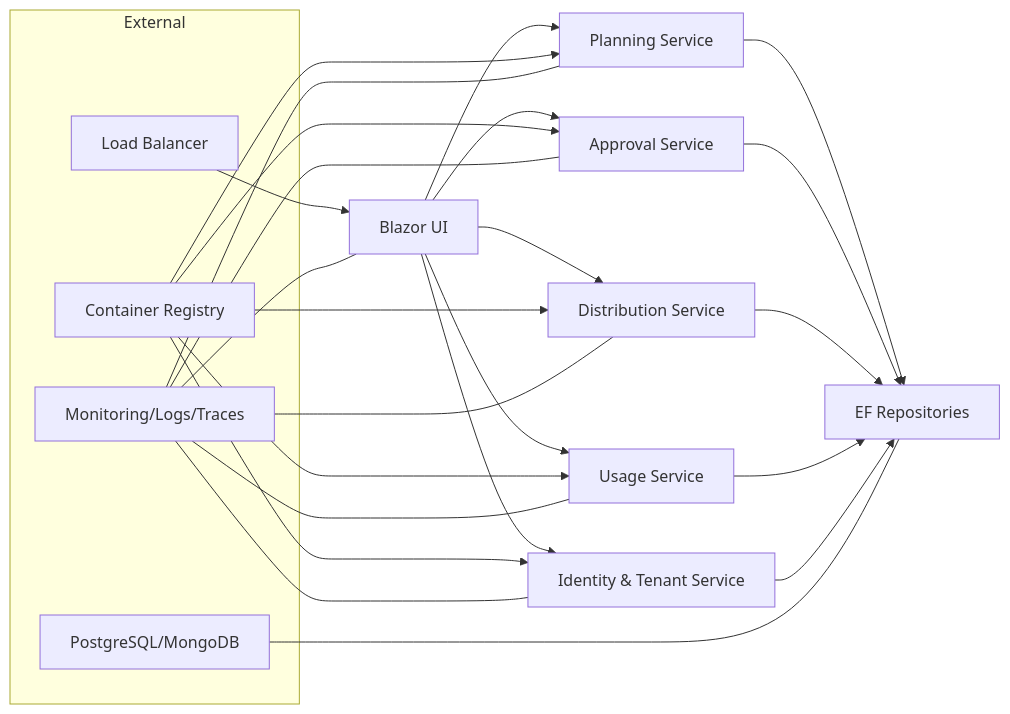
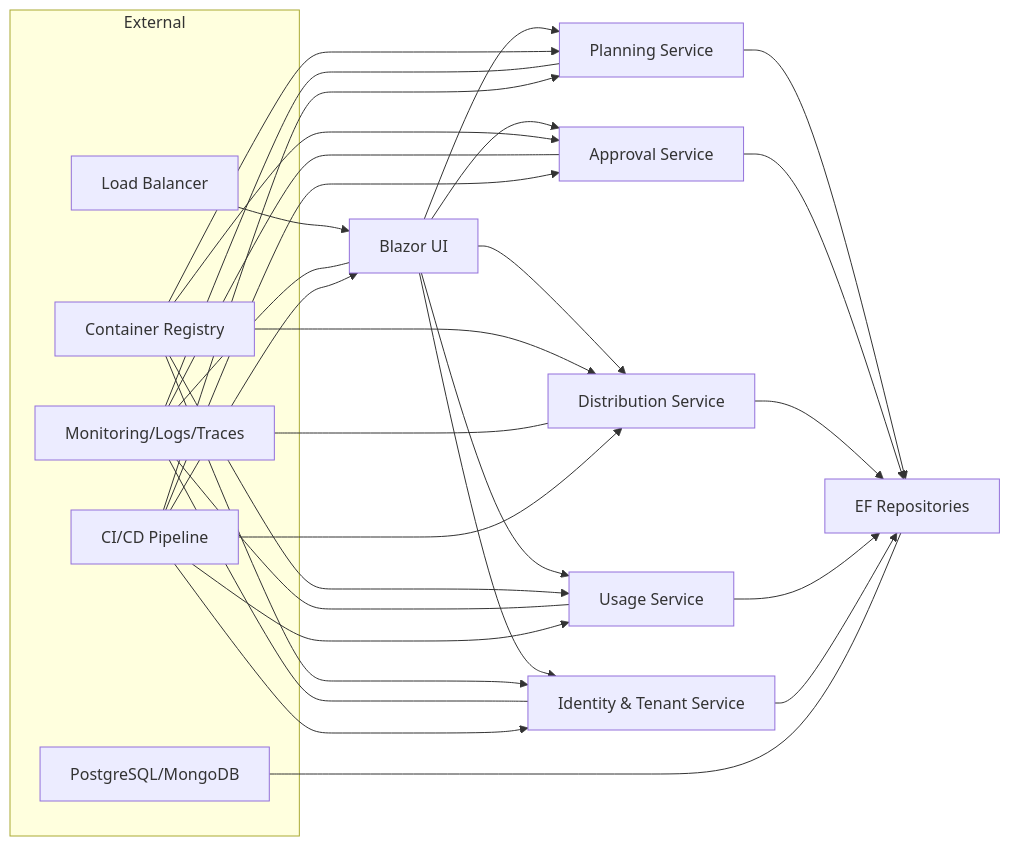
Before and after one commit to lamhongbac/NonCash: the fifth of 7 diagrams in .qoder/repowiki/en/content/Configuration and Deployment/Deployment Strategies and Infrastructure.md, drawn with Mermaid. The commit also changed other lines of this file and 2 other files, not shown here.

````diff
--- a/.qoder/repowiki/en/content/Configuration and Deployment/Deployment Strategies and Infrastructure.md
+++ b/.qoder/repowiki/en/content/Configuration and Deployment/Deployment Strategies and Infrastructure.md
@@ -189,32 +479,39 @@
 ```mermaid
 graph LR
 UI["Blazor UI"] --> P["Planning Service"]
 UI --> A["Approval Service"]
 UI --> D["Distribution Service"]
 UI --> U["Usage Service"]
 UI --> I["Identity & Tenant Service"]
 P --> DAL["EF Repositories"]
 A --> DAL
 D --> DAL
 U --> DAL
 I --> DAL
 subgraph "External"
 LB["Load Balancer"]
 REG["Container Registry"]
 DB["PostgreSQL/MongoDB"]
 MON["Monitoring/Logs/Traces"]
+CI["CI/CD Pipeline"]
 end
 LB --> UI
 REG --> P
 REG --> A
 REG --> D
 REG --> U
 REG --> I
 DB --- DAL
 MON --- UI
 MON --- P
 MON --- A
 MON --- D
 MON --- U
 MON --- I
+CI --> UI
+CI --> P
+CI --> A
+CI --> D
+CI --> U
+CI --> I
 ```
````
